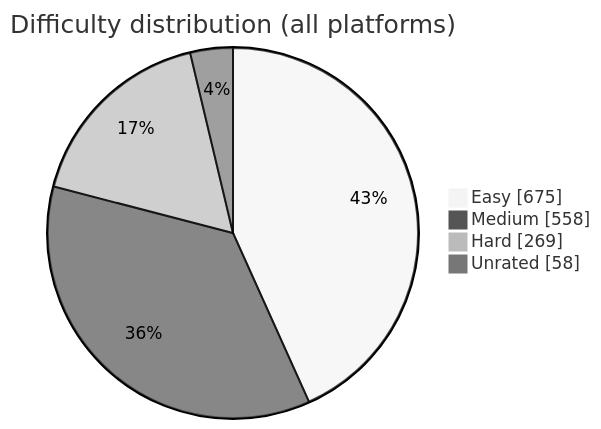
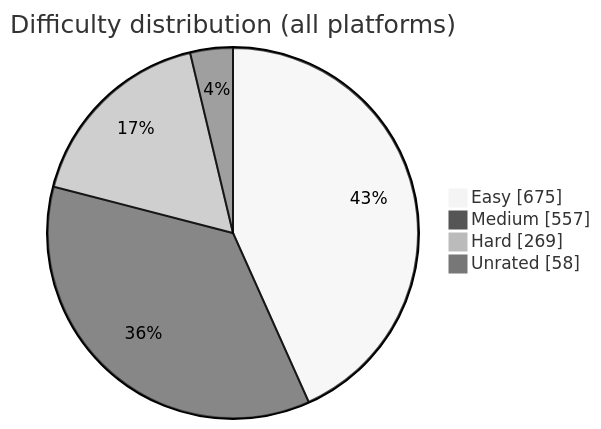
One commit to BuildbyArindam/Daily-Coding-Log changed the diagram in README.md. Above: the diagram before and after it, drawn with Mermaid (neutral theme). The commit also changed other lines of this file, not shown here.

````diff
--- a/README.md
+++ b/README.md
@@ -93,7 +93,7 @@
 ```mermaid
 pie showData title Difficulty distribution (all platforms)
     "Easy" : 675
-    "Medium" : 558
+    "Medium" : 557
     "Hard" : 269
     "Unrated" : 58
 ```
````
